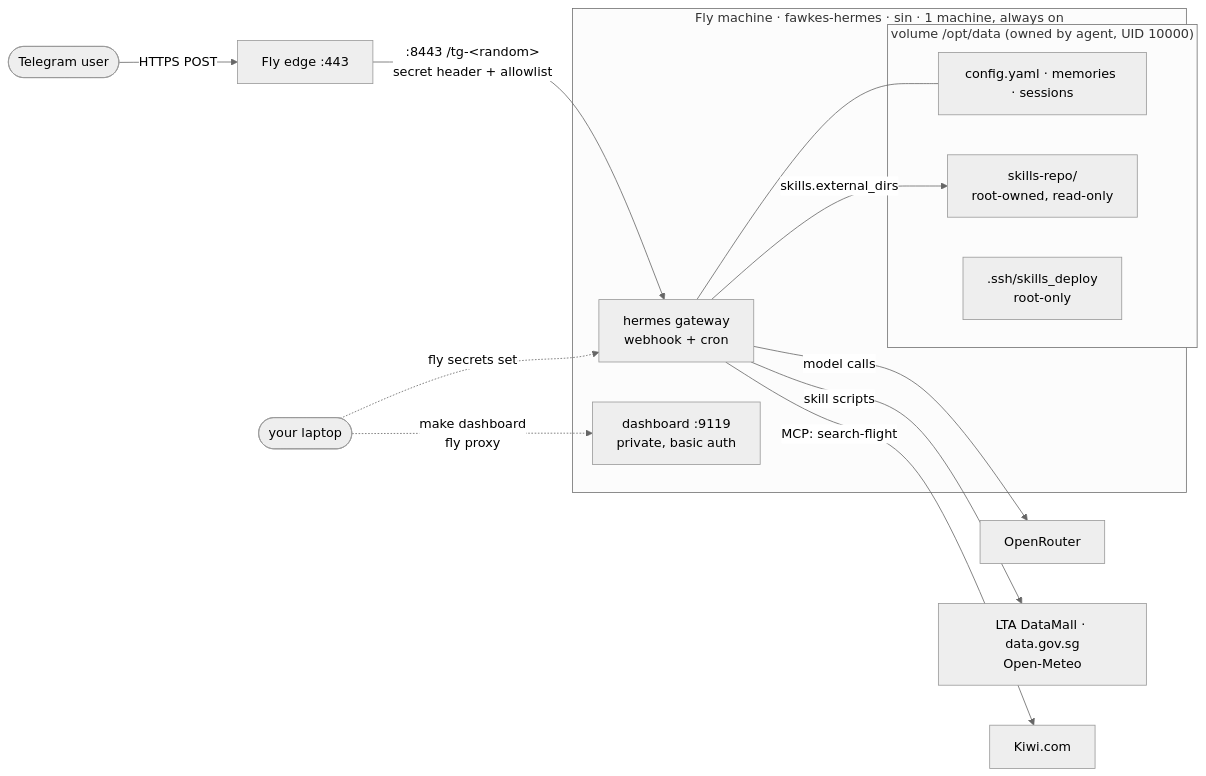
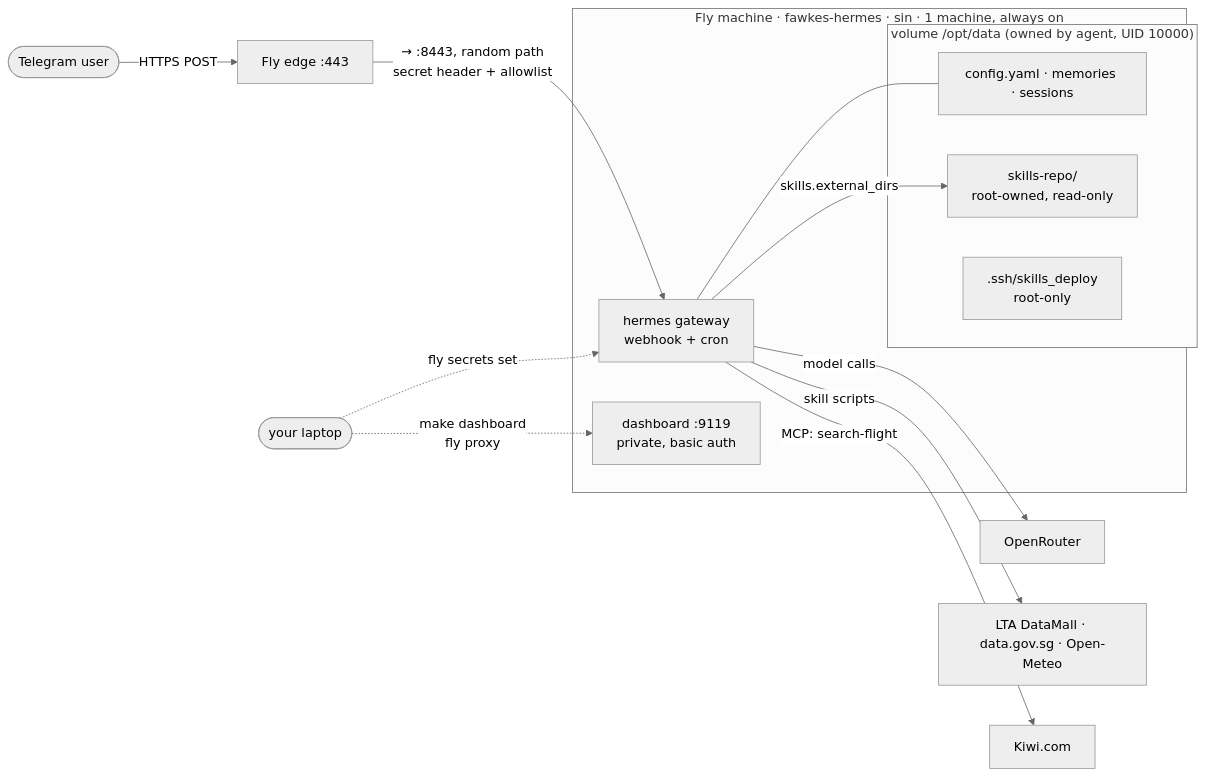
The first of 2 diagrams in README.md (ChristopherLiew/fawkes-hermes), drawn with Mermaid (neutral theme) before and after one commit. The commit also changed other lines of this file and 1 other file, not shown here.

First line of the commit message:
README: fix mermaid labels and stale layout; ci: retry gitleaks download (#15)

````diff
--- a/README.md
+++ b/README.md
@@ -18,23 +21,23 @@
 ```mermaid
 flowchart LR
   user([Telegram user]) -->|HTTPS POST| edge[Fly edge :443]
-  edge -->|":8443 /tg-&lt;random&gt;<br/>secret header + allowlist"| gw
+  edge -->|"→ :8443, random path<br/>secret header + allowlist"| gw
 
   subgraph fly["Fly machine · fawkes-hermes · sin · 1 machine, always on"]
     gw["hermes gateway<br/>webhook + cron"]
     dash["dashboard :9119<br/>private, basic auth"]
     subgraph vol["volume /opt/data (owned by agent, UID 10000)"]
       cfg["config.yaml · memories · sessions"]
       repo["skills-repo/<br/>root-owned, read-only"]
       key[".ssh/skills_deploy<br/>root-only"]
     end
     gw --- cfg
     gw -->|"skills.external_dirs"| repo
   end
 
   gw -->|model calls| or[OpenRouter]
-  gw -->|"skill scripts"| apis["LTA DataMall · data.gov.sg<br/>Open-Meteo"]
+  gw -->|"skill scripts"| apis["LTA DataMall · data.gov.sg · Open-Meteo"]
   gw -->|"MCP: search-flight"| kiwi[Kiwi.com]
   laptop([your laptop]) -.->|"make dashboard<br/>fly proxy"| dash
   laptop -.->|"fly secrets set"| gw
 ```
````
